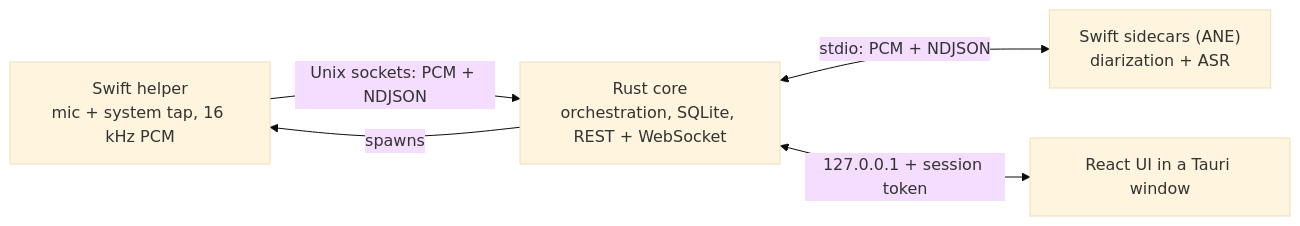
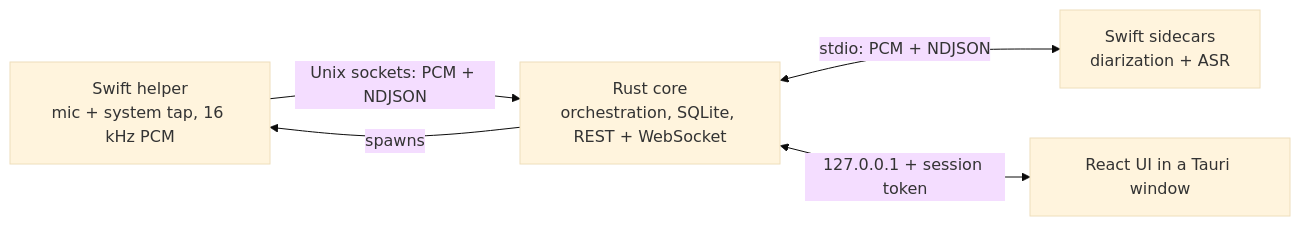
Before and after one commit to rwiseman87/hearsay: the diagram in README.md, drawn with Mermaid (base theme). The commit also changed other lines of this file and 10 other files, not shown here.

````diff
--- a/README.md
+++ b/README.md
@@ -16,12 +61,12 @@
 ```mermaid
 flowchart LR
     Helper["Swift helper<br/>mic + system tap, 16 kHz PCM"]
-    Sidecars["Swift sidecars (ANE)<br/>diarization + ASR"]
+    Sidecars["Swift sidecars<br/>diarization + ASR"]
     Core["Rust core<br/>orchestration, SQLite, REST + WebSocket"]
     UI["React UI in a Tauri window"]
 
     Core -->|"spawns"| Helper
     Helper -->|"Unix sockets: PCM + NDJSON"| Core
     Core <-->|"stdio: PCM + NDJSON"| Sidecars
     Core <-->|"127.0.0.1 + session token"| UI
 ```
````
